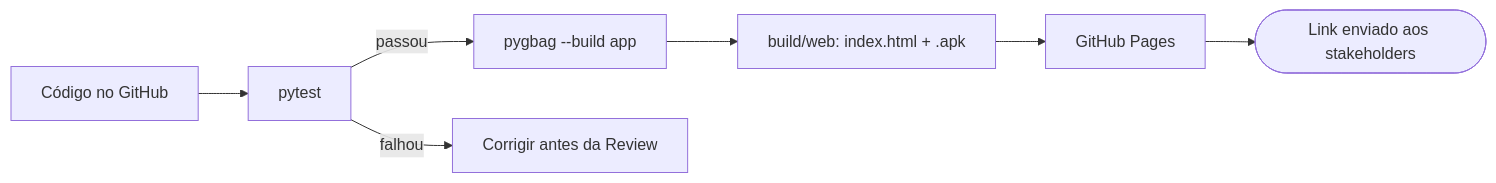
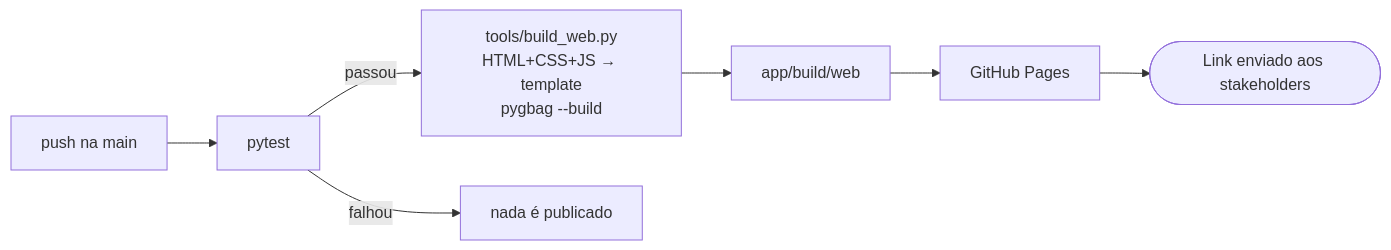
The ninth of 9 diagrams in docs/02-arquitetura.md (raffasrabelo/labirinto-playground), drawn with Mermaid before and after one commit. The commit also changed other lines of this file and 44 other files, not shown here.

First line of the commit message:
feat: v0.3 com Q-Learning e interface em HTML/CSS

````diff
--- a/docs/02-arquitetura.md
+++ b/docs/02-arquitetura.md
@@ -167,9 +414,9 @@
 ```mermaid
 flowchart LR
-    A[Código no GitHub] --> B[pytest]
-    B -- passou --> C["pygbag --build app"]
-    C --> D[build/web: index.html + .apk]
+    A[push na main] --> B[pytest]
+    B -- passou --> C["tools/build_web.py<br/>HTML+CSS+JS → template<br/>pygbag --build"]
+    C --> D[app/build/web]
     D --> E[GitHub Pages]
     E --> F([Link enviado aos stakeholders])
-    B -- falhou --> G[Corrigir antes da Review]
+    B -- falhou --> G[nada é publicado]
 ```
````
